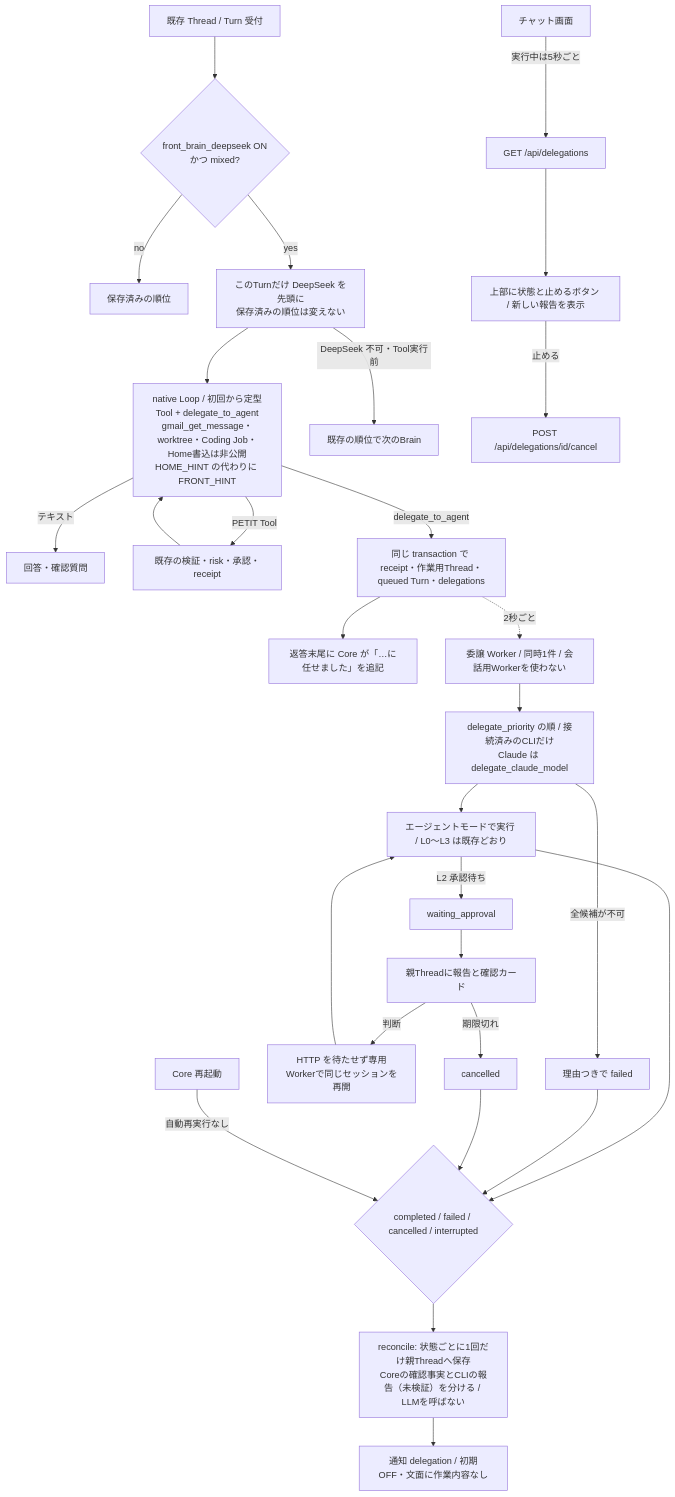
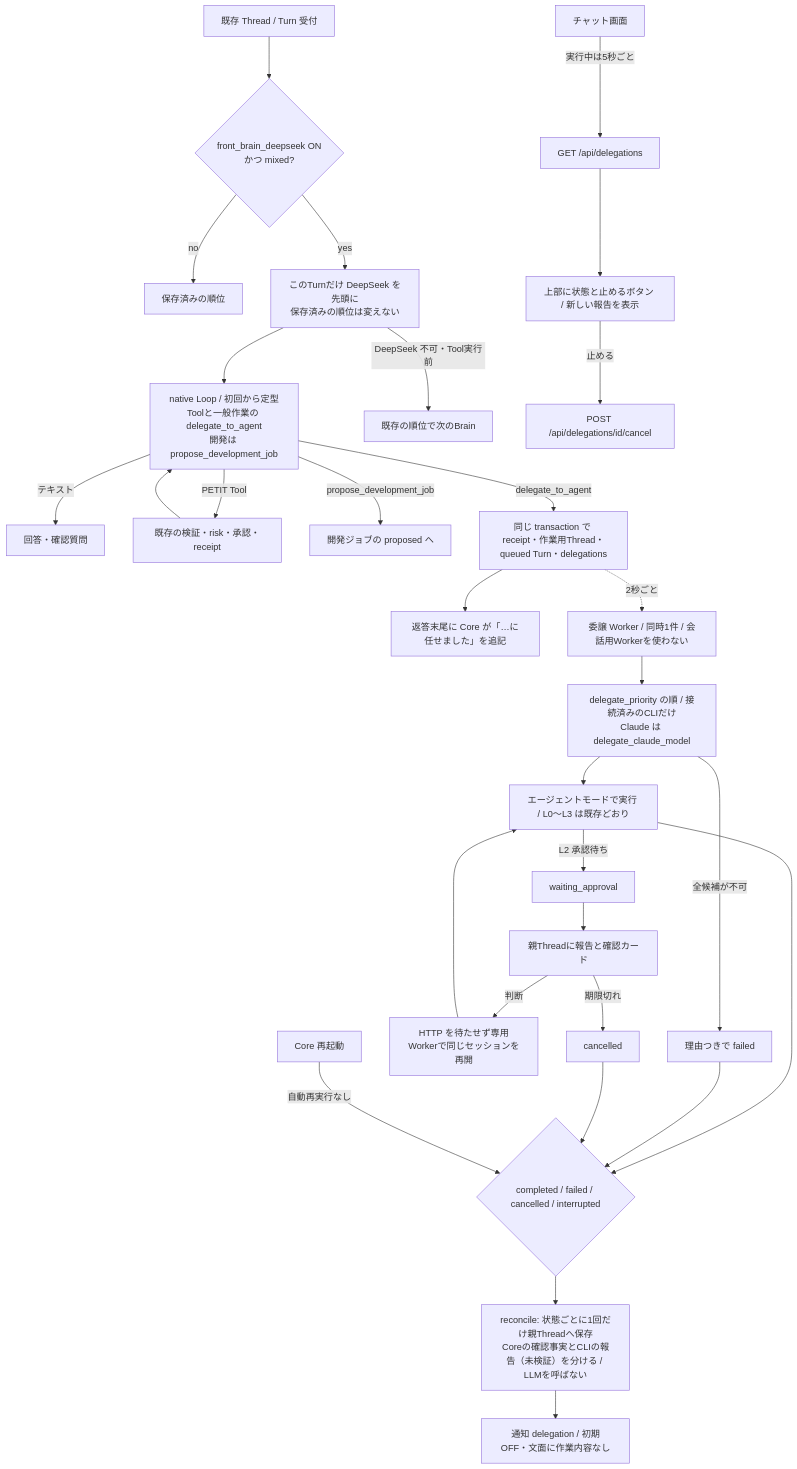
The third of 39 diagrams in docs/runtime-flows.md (Soso2e/PETIT), drawn with Mermaid before and after one commit. The commit also changed other lines of this file and 57 other files, not shown here.

````diff
--- a/docs/runtime-flows.md
+++ b/docs/runtime-flows.md
@@ -35,31 +67,32 @@
 ```mermaid
 flowchart TD
     Turn[既存 Thread / Turn 受付] --> Order{front_brain_deepseek ON<br/>かつ mixed?}
     Order -->|no| Saved[保存済みの順位]
     Order -->|yes| Front[このTurnだけ DeepSeek を先頭に<br/>保存済みの順位は変えない]
-    Front --> Native[native Loop / 初回から定型Tool + delegate_to_agent<br/>gmail_get_message・worktree・Coding Job・Home書込は非公開<br/>HOME_HINT の代わりに FRONT_HINT]
+    Front --> Native[native Loop / 初回から定型Toolと一般作業の delegate_to_agent<br/>開発は propose_development_job]
     Front -->|DeepSeek 不可・Tool実行前| Fallback[既存の順位で次のBrain]
     Native -->|テキスト| Reply[回答・確認質問]
     Native -->|PETIT Tool| Gate[既存の検証・risk・承認・receipt]
     Gate --> Native
+    Native -->|propose_development_job| DevJob[開発ジョブの proposed へ]
     Native -->|delegate_to_agent| Create[同じ transaction で receipt・作業用Thread・queued Turn・delegations]
     Create --> Notice[返答末尾に Core が「…に任せました」を追記]
     Create -.->|2秒ごと| Worker[委譲 Worker / 同時1件 / 会話用Workerを使わない]
     Worker --> Pick[delegate_priority の順 / 接続済みのCLIだけ<br/>Claude は delegate_claude_model]
     Pick --> Agent[エージェントモードで実行 / L0〜L3 は既存どおり]
     Pick -->|全候補が不可| Fail[理由つきで failed]
     Agent -->|L2 承認待ち| Wait[waiting_approval]
     Wait --> Parent[親Threadに報告と確認カード]
     Parent -->|判断| Resume[HTTP を待たせず専用Workerで同じセッションを再開]
     Resume --> Agent
     Parent -->|期限切れ| Cancelled[cancelled]
     Agent --> Done{completed / failed / cancelled / interrupted}
     Fail --> Done
     Cancelled --> Done
     Restart[Core 再起動] -->|自動再実行なし| Done
     Done --> Report[reconcile: 状態ごとに1回だけ親Threadへ保存<br/>Coreの確認事実とCLIの報告（未検証）を分ける / LLMを呼ばない]
     Report --> Notify[通知 delegation / 初期OFF・文面に作業内容なし]
     UI[チャット画面] -->|実行中は5秒ごと| Status[GET /api/delegations]
     Status --> Strip[上部に状態と止めるボタン / 新しい報告を表示]
     Strip -->|止める| Cancel[POST /api/delegations/id/cancel]
 ```
````
